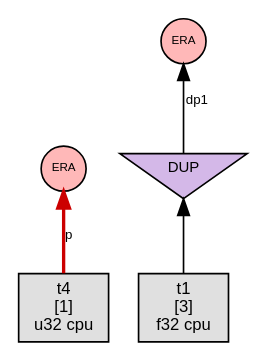
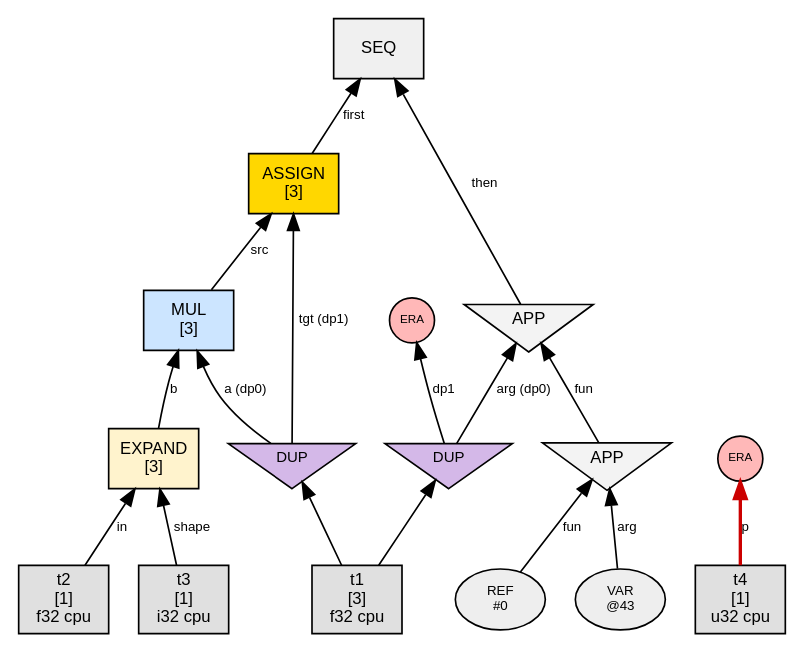
One commit to sw1sh/TinyHVM changed the diagram in phase1_graphs/loop_assign_simple/n2_steps/step_008_interact_DP0.dot. Above: the diagram before and after it, drawn with Graphviz. The commit also changed 113 other files, not shown here.

First line of the commit message:
fix: step graph quality — init highlight, TAG_SEQ, checker rules

```diff
--- a/phase1_graphs/loop_assign_simple/n2_steps/step_008_interact_DP0.dot
+++ b/phase1_graphs/loop_assign_simple/n2_steps/step_008_interact_DP0.dot
@@ -1,16 +1,40 @@
 digraph G {
   // PREV_INTERACTION: interact_DP0
   // NEXT_INTERACTION: interact_era_on_TEN
   rankdir=BT;
   node [fontname="Helvetica", fontsize=10, style=filled, shape=box, margin="0.1,0.05"];
   edge [fontsize=8, fontname="Helvetica"];
 
+  n45 [label="SEQ", shape=box, fillcolor="#f0f0f0"];
+  n47 -> n45 [label="first"];
+  n54 -> n45 [label="then"];
+  n47 [label="ASSIGN\n[3]", shape=box, fillcolor="#ffd700"];
+  dup49 [label="DUP", shape=invtriangle, fillcolor="#d4b8e8", fontsize=9, width=0.7, height=0.5];
+  t1 [label="t1\n[3]\nf32 cpu",shape=box,fillcolor="#e0e0e0"];
+  t1 -> dup49;
+  dup49 -> n47 [label="tgt (dp1)"];
+  n50 -> n47 [label="src"];
+  n54 [label="APP", shape=invtriangle, fillcolor="#f3f3f3"];
+  n56 -> n54 [label="fun"];
+  dup41 [label="DUP", shape=invtriangle, fillcolor="#d4b8e8", fontsize=9, width=0.7, height=0.5];
+  t1 -> dup41;
+  dup41 -> n54 [label="arg (dp0)"];
+  n50 [label="MUL\n[3]", shape=box, fillcolor="#cce5ff"];
+  dup49 -> n50 [label="a (dp0)"];
+  n52 -> n50 [label="b"];
+  n52 [label="EXPAND\n[3]", shape=box, fillcolor="#fff3cd"];
+  t2 [label="t2\n[1]\nf32 cpu",shape=box,fillcolor="#e0e0e0"];
+  t2 -> n52 [label="in"];
+  t3 [label="t3\n[1]\ni32 cpu",shape=box,fillcolor="#e0e0e0"];
+  t3 -> n52 [label="shape"];
+  n56 [label="APP", shape=invtriangle, fillcolor="#f3f3f3"];
+  ref56 [label="REF\n#0", shape=oval, fillcolor="#eeeeee", fontsize=8];
+  ref56 -> n56 [label="fun"];
+  var57 [label="VAR\n@43", shape=oval, fillcolor="#eeeeee", fontsize=8];
+  var57 -> n56 [label="arg"];
   era59 [label="ERA",shape=circle,width=0.38,height=0.38,fixedsize=true,fillcolor="#ffb8b8",fontsize=7];
   t4 [label="t4\n[1]\nu32 cpu",shape=box,fillcolor="#e0e0e0"];
   t4 -> era59 [label="p",color="#cc0000",penwidth=2.0];
   era61 [label="ERA",shape=circle,width=0.38,height=0.38,fixedsize=true,fillcolor="#ffb8b8",fontsize=7];
-  dup41 [label="DUP", shape=invtriangle, fillcolor="#d4b8e8", fontsize=9, width=0.7, height=0.5];
-  t1 [label="t1\n[3]\nf32 cpu",shape=box,fillcolor="#e0e0e0"];
-  t1 -> dup41;
   dup41 -> era61 [label="dp1"];
 }
```
